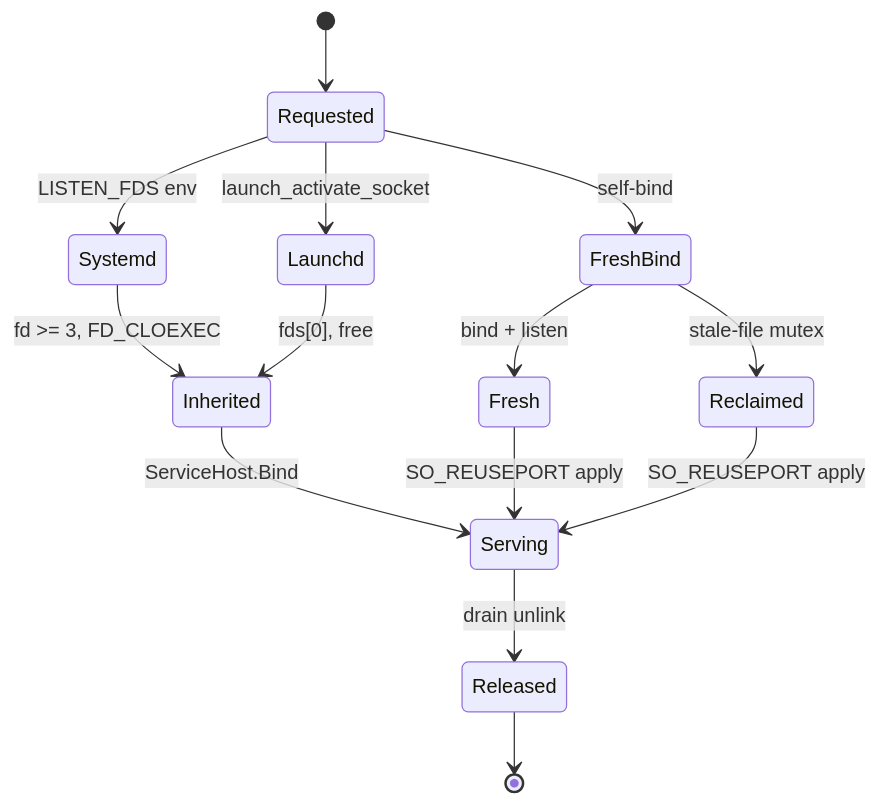
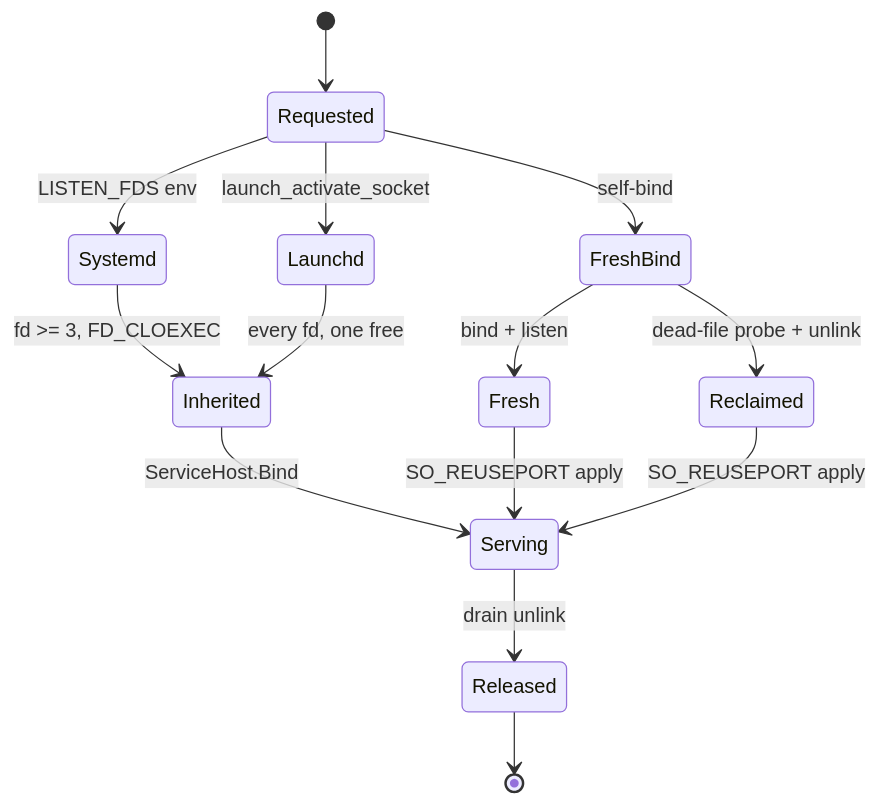
One commit to bsamiee/Rasm changed the second of 2 diagrams in libs/csharp/Rasm.AppHost/.planning/Wire/companion.md. Above: the diagram before and after it, drawn with Mermaid. The commit also changed other lines of this file and 747 other files, not shown here.

````diff
--- a/libs/csharp/Rasm.AppHost/.planning/Wire/companion.md
+++ b/libs/csharp/Rasm.AppHost/.planning/Wire/companion.md
@@ -632,18 +822,18 @@
 ```mermaid
 stateDiagram-v2
     accTitle: Companion socket acquisition arms
     accDescr: A requested listener resolving through systemd inheritance, launchd activation, or a fresh self-bind that reclaims a stale file under mutex, every arm converging on serve and releasing through drain unlink.
     [*] --> Requested
     Requested --> Systemd: LISTEN_FDS env
     Requested --> Launchd: launch_activate_socket
     Requested --> FreshBind: self-bind
     Systemd --> Inherited: fd >= 3, FD_CLOEXEC
-    Launchd --> Inherited: fds[0], free
+    Launchd --> Inherited: every fd, one free
     FreshBind --> Fresh: bind + listen
-    FreshBind --> Reclaimed: stale-file mutex
+    FreshBind --> Reclaimed: dead-file probe + unlink
     Inherited --> Serving: ServiceHost.Bind
     Fresh --> Serving: SO_REUSEPORT apply
     Reclaimed --> Serving: SO_REUSEPORT apply
     Serving --> Released: drain unlink
     Released --> [*]
 ```
````
